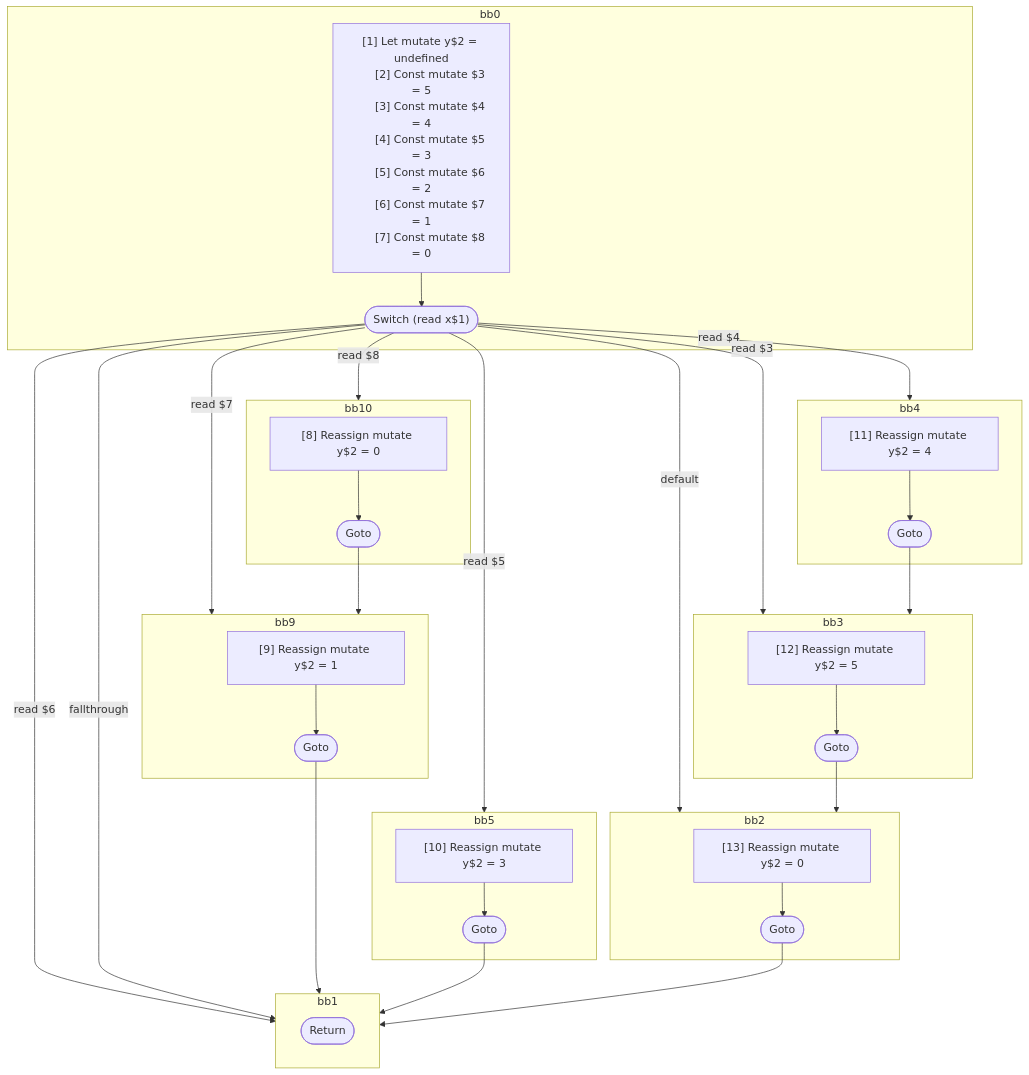
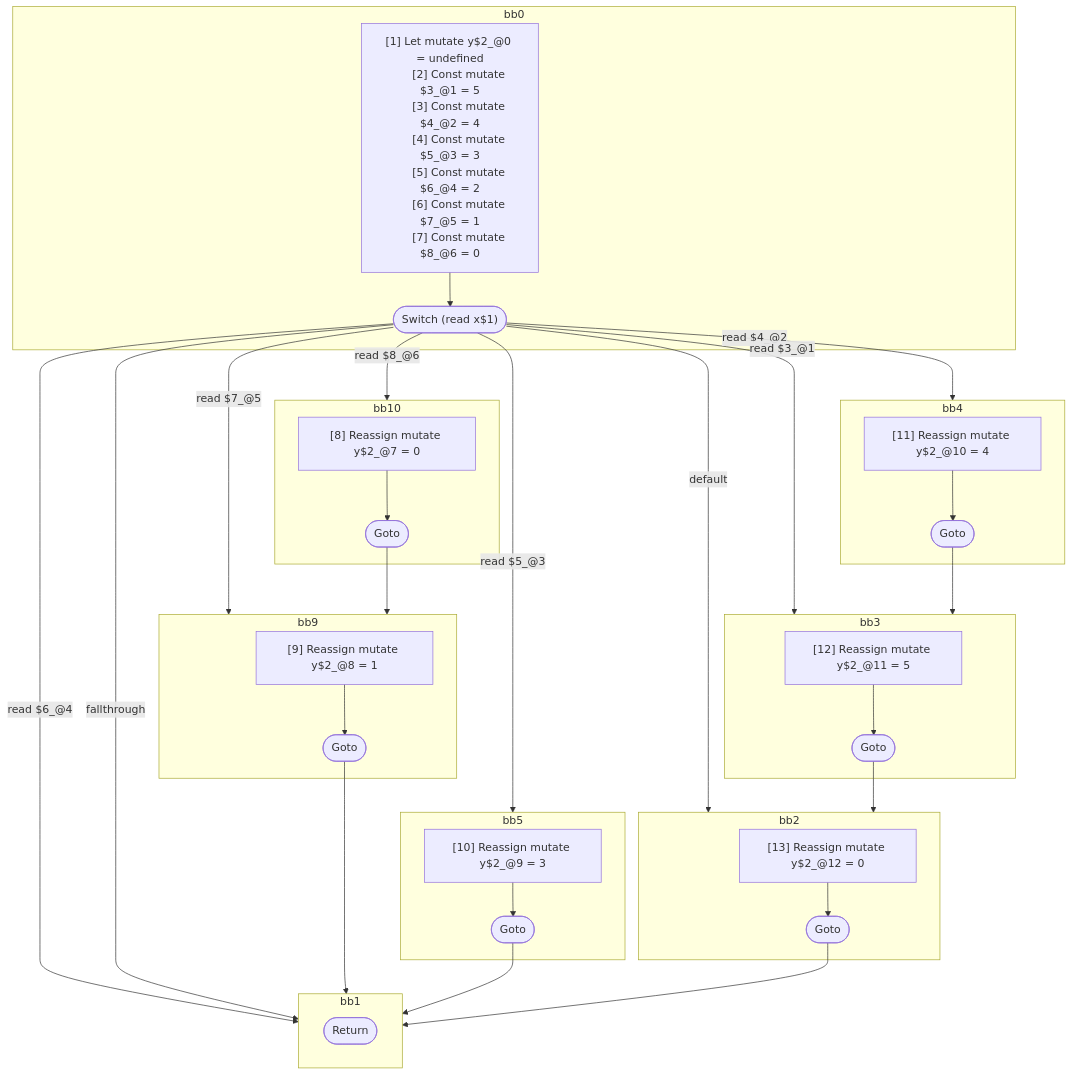
One commit to wutsmog/private changed the diagram in compiler/forget/src/__tests__/fixtures/hir/switch-with-fallthrough.expect.md. Above: the diagram before and after it, drawn with Mermaid. The commit also changed other lines of this file and 60 other files, not shown here.

````diff
--- a/compiler/forget/src/__tests__/fixtures/hir/switch-with-fallthrough.expect.md
+++ b/compiler/forget/src/__tests__/fixtures/hir/switch-with-fallthrough.expect.md
@@ -85,72 +85,72 @@
 ```mermaid
 flowchart TB
   %% Basic Blocks
   subgraph bb0
     bb0_instrs["
-      [1] Let mutate y$2 = undefined
-      [2] Const mutate $3 = 5
-      [3] Const mutate $4 = 4
-      [4] Const mutate $5 = 3
-      [5] Const mutate $6 = 2
-      [6] Const mutate $7 = 1
-      [7] Const mutate $8 = 0
+      [1] Let mutate y$2_@0 = undefined
+      [2] Const mutate $3_@1 = 5
+      [3] Const mutate $4_@2 = 4
+      [4] Const mutate $5_@3 = 3
+      [5] Const mutate $6_@4 = 2
+      [6] Const mutate $7_@5 = 1
+      [7] Const mutate $8_@6 = 0
     "]
     bb0_instrs --> bb0_terminal(["Switch (read x$1)"])
   end
   subgraph bb10
     bb10_instrs["
-      [8] Reassign mutate y$2 = 0
+      [8] Reassign mutate y$2_@7 = 0
     "]
     bb10_instrs --> bb10_terminal(["Goto"])
   end
   subgraph bb9
     bb9_instrs["
-      [9] Reassign mutate y$2 = 1
+      [9] Reassign mutate y$2_@8 = 1
     "]
     bb9_instrs --> bb9_terminal(["Goto"])
   end
   subgraph bb5
     bb5_instrs["
-      [10] Reassign mutate y$2 = 3
+      [10] Reassign mutate y$2_@9 = 3
     "]
     bb5_instrs --> bb5_terminal(["Goto"])
   end
   subgraph bb4
     bb4_instrs["
-      [11] Reassign mutate y$2 = 4
+      [11] Reassign mutate y$2_@10 = 4
     "]
     bb4_instrs --> bb4_terminal(["Goto"])
   end
   subgraph bb3
     bb3_instrs["
-      [12] Reassign mutate y$2 = 5
+      [12] Reassign mutate y$2_@11 = 5
     "]
     bb3_instrs --> bb3_terminal(["Goto"])
   end
   subgraph bb2
     bb2_instrs["
-      [13] Reassign mutate y$2 = 0
+      [13] Reassign mutate y$2_@12 = 0
     "]
     bb2_instrs --> bb2_terminal(["Goto"])
   end
   subgraph bb1
     bb1_terminal(["Return"])
   end
 
   %% Jumps
-  bb0_terminal -- read $8 --> bb10
-  bb0_terminal -- read $7 --> bb9
-  bb0_terminal -- read $6 --> bb1
-  bb0_terminal -- read $5 --> bb5
-  bb0_terminal -- read $4 --> bb4
-  bb0_terminal -- read $3 --> bb3
+  bb0_terminal -- read $8_@6 --> bb10
+  bb0_terminal -- read $7_@5 --> bb9
+  bb0_terminal -- read $6_@4 --> bb1
+  bb0_terminal -- read $5_@3 --> bb5
+  bb0_terminal -- read $4_@2 --> bb4
+  bb0_terminal -- read $3_@1 --> bb3
   bb0_terminal -- default --> bb2
   bb0_terminal -- fallthrough --> bb1
   bb10_terminal --> bb9
   bb9_terminal --> bb1
   bb5_terminal --> bb1
   bb4_terminal --> bb3
   bb3_terminal --> bb2
   bb2_terminal --> bb1
 
 ```
````
